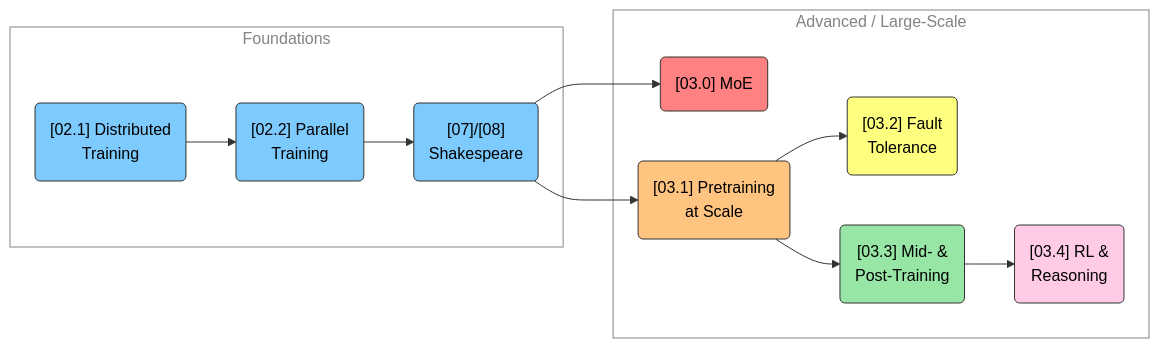
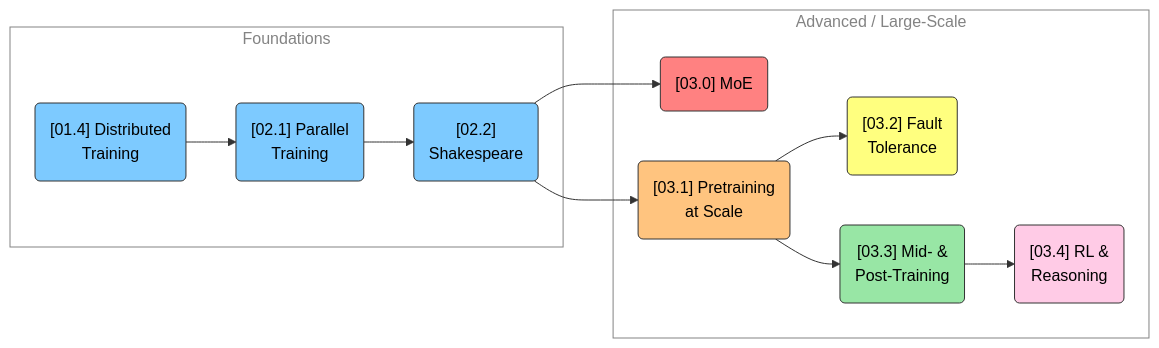
Before and after one commit to saforem2/intro-hpc-bootcamp: the diagram in content/03-advanced-llms/index.qmd, drawn with Mermaid. The commit also changed other lines of this file and 320 other files, not shown here.

````diff
--- a/content/03-advanced-llms/index.qmd
+++ b/content/03-advanced-llms/index.qmd
@@ -67,34 +67,34 @@
 ```{mermaid}
 flowchart LR
     subgraph FOUND["`Foundations`"]
-        A("`[02.1] Distributed<br/>Training`")
-        B("`[02.2] Parallel<br/>Training`")
-        C("`[07]/[08]<br/>Shakespeare`")
+        A("`[01.4] Distributed<br/>Training`")
+        B("`[02.1] Parallel<br/>Training`")
+        C("`[02.2]<br/>Shakespeare`")
     end
     subgraph ADV["`Advanced / Large-Scale`"]
         M("`[03.0] MoE`")
         P("`[03.1] Pretraining<br/>at Scale`")
         F("`[03.2] Fault<br/>Tolerance`")
         T("`[03.3] Mid- &<br/>Post-Training`")
         R("`[03.4] RL &<br/>Reasoning`")
     end
     A --> B --> C
     C --> M
     C --> P
     P --> F
     P --> T --> R
 classDef block fill:#CCCCCC02,stroke:#838383,stroke-width:1px,color:#838383
 classDef red fill:#ff8181,stroke:#333,stroke-width:1px,color:#000
 classDef orange fill:#FFC47F,stroke:#333,stroke-width:1px,color:#000
 classDef yellow fill:#FFFF7F,stroke:#333,stroke-width:1px,color:#000
 classDef green fill:#98E6A5,stroke:#333,stroke-width:1px,color:#000
 classDef blue fill:#7DCAFF,stroke:#333,stroke-width:1px,color:#000
 classDef purple fill:#FFCBE6,stroke:#333,stroke-width:1px,color:#000
 class A,B,C blue
 class M red
 class P orange
 class F yellow
 class T green
 class R purple
 class FOUND,ADV block
 ```
````
